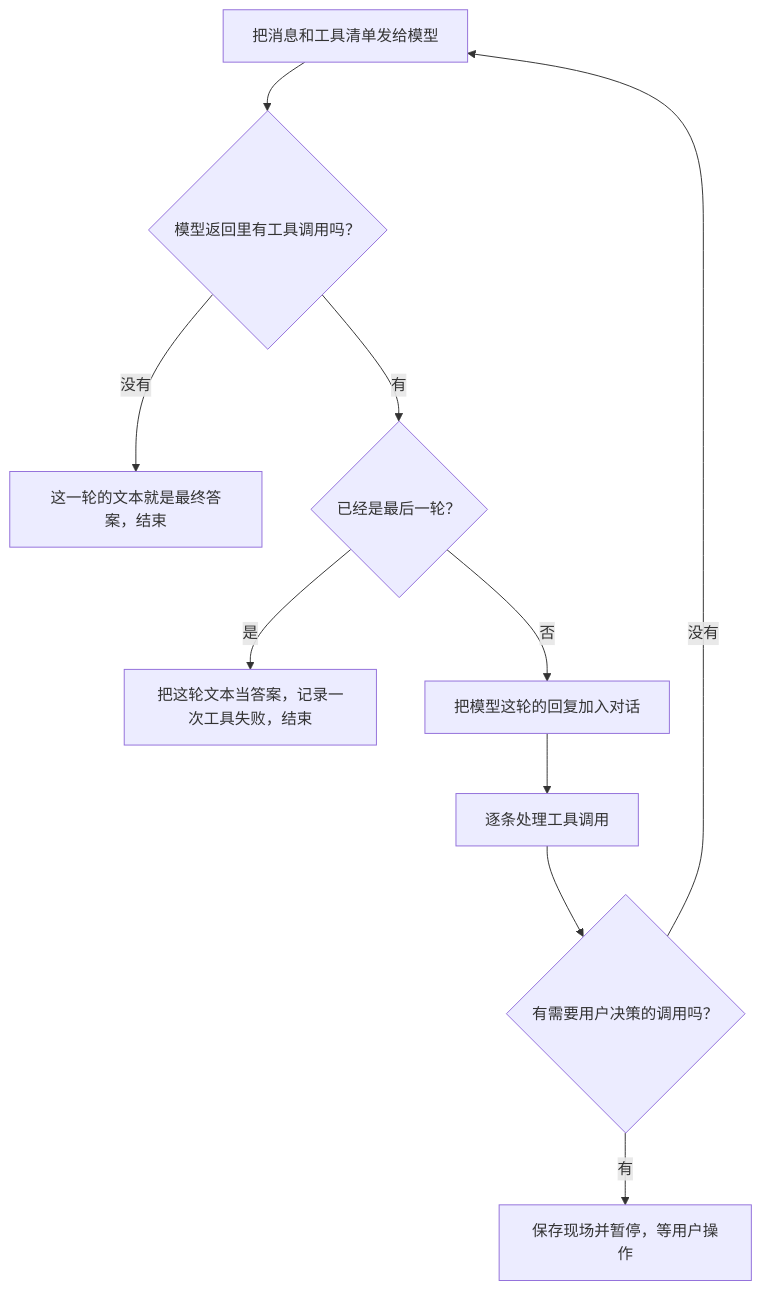
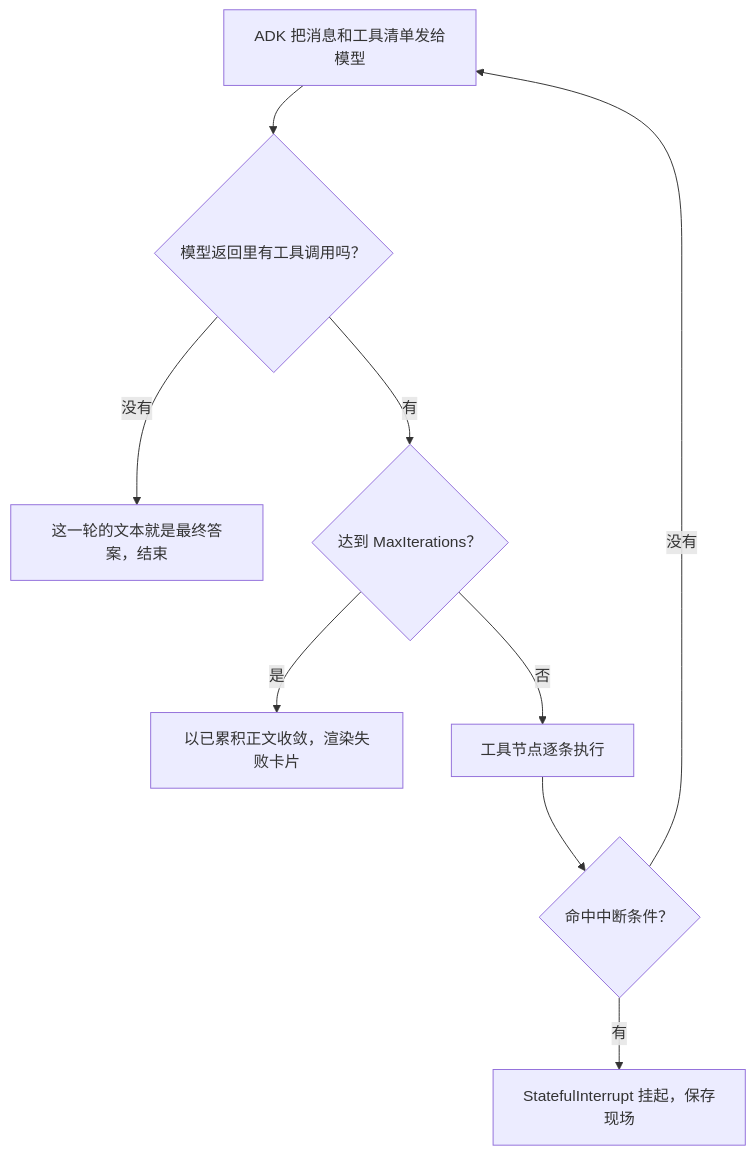
One commit to olinex/zhongkui changed the fourth of 8 diagrams in docs/curated/explanation/agent-architecture.md. Above: the diagram before and after it, drawn with Mermaid. The commit also changed other lines of this file and 434 other files, not shown here.

````diff
--- a/docs/curated/explanation/agent-architecture.md
+++ b/docs/curated/explanation/agent-architecture.md
@@ -499,12 +504,11 @@
 ```mermaid
 flowchart TD
-    A["把消息和工具清单发给模型"] --> B{"模型返回里有工具调用吗？"}
+    A["ADK 把消息和工具清单发给模型"] --> B{"模型返回里有工具调用吗？"}
     B -->|没有| C["这一轮的文本就是最终答案，结束"]
-    B -->|有| D{"已经是最后一轮？"}
-    D -->|是| E["把这轮文本当答案，记录一次工具失败，结束"]
-    D -->|否| F["把模型这轮的回复加入对话"]
-    F --> G["逐条处理工具调用"]
-    G --> H{"有需要用户决策的调用吗？"}
-    H -->|没有| A
-    H -->|有| I["保存现场并暂停，等用户操作"]
+    B -->|有| D{"达到 MaxIterations？"}
+    D -->|是| E["以已累积正文收敛，渲染失败卡片"]
+    D -->|否| F["工具节点逐条执行"]
+    F --> G{"命中中断条件？"}
+    G -->|没有| A
+    G -->|有| H["StatefulInterrupt 挂起，保存现场"]
 ```
````
